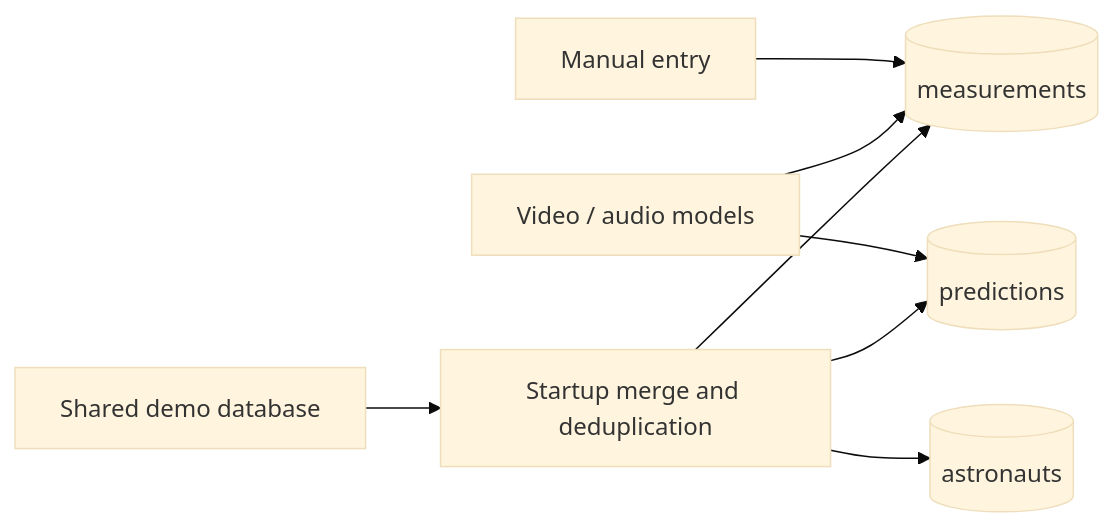
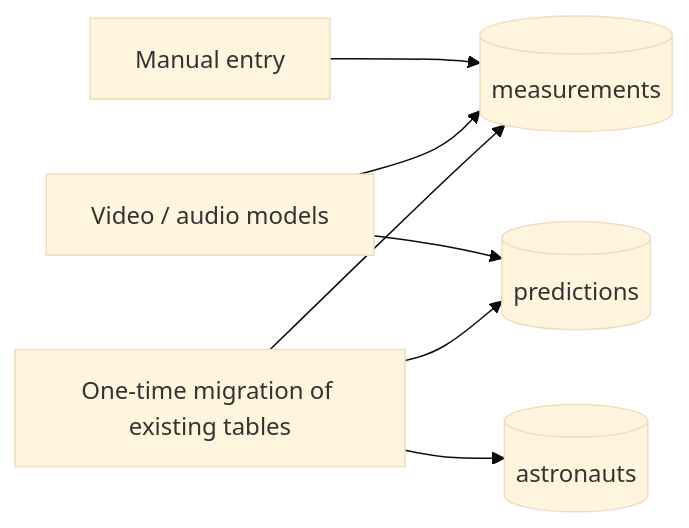
The first of 5 diagrams in README.md (elibrown/BioNotate), drawn with Mermaid (base theme) before and after one commit. The commit also changed other lines of this file and 24 other files, not shown here.

````diff
--- a/README.md
+++ b/README.md
@@ -13,10 +13,9 @@
 ```mermaid
 flowchart LR
     Manual[Manual entry] --> M[(measurements)]
     Models[Video / audio models] --> P[(predictions)]
     Models --> M
-    Snapshot[Shared demo database] --> Merge[Startup merge and deduplication]
-    Merge --> M
-    Merge --> P
-    Merge --> A[(astronauts)]
+    Import[One-time migration of existing tables] --> M
+    Import --> P
+    Import --> A[(astronauts)]
 ```
````
